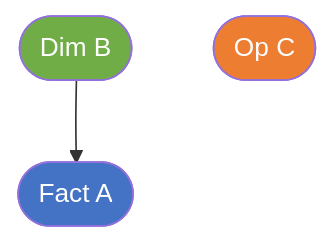
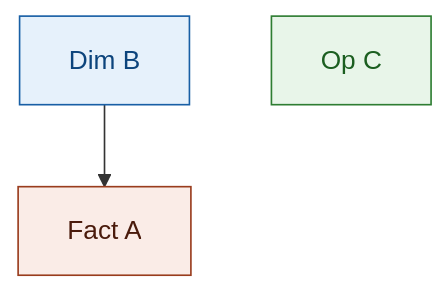
One commit to linhlvit/ubck_atomic_design changed the second of 2 diagrams in .claude/skills/datamart-hld-design/reference/section_structure.md. Above: the diagram before and after it, drawn with Mermaid. The commit also changed other lines of this file and 24 other files, not shown here.

````diff
--- a/.claude/skills/datamart-hld-design/reference/section_structure.md
+++ b/.claude/skills/datamart-hld-design/reference/section_structure.md
@@ -167,12 +186,12 @@
 ```mermaid
 graph TB
-    classDef fact fill:#4472C4,color:#fff
-    classDef dim fill:#70AD47,color:#fff
-    classDef operational fill:#ED7D31,color:#fff
+    classDef dim fill:#E6F1FB,stroke:#185FA5,color:#0C447C
+    classDef fact fill:#FAECE7,stroke:#993C1D,color:#4A1B0C
+    classDef oper fill:#E8F5E9,stroke:#2E7D32,color:#1B5E20
 
-    FactA([Fact A]):::fact
-    DimB([Dim B]):::dim
-    OpC([Op C]):::operational
+    DimB["Dim B"]:::dim
+    FactA["Fact A"]:::fact
+    OpC["Op C"]:::oper
 
     DimB --> FactA
 ```
````
